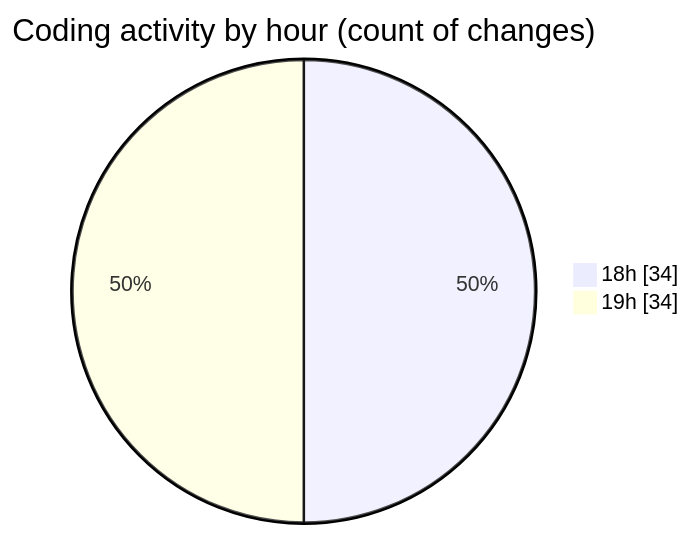
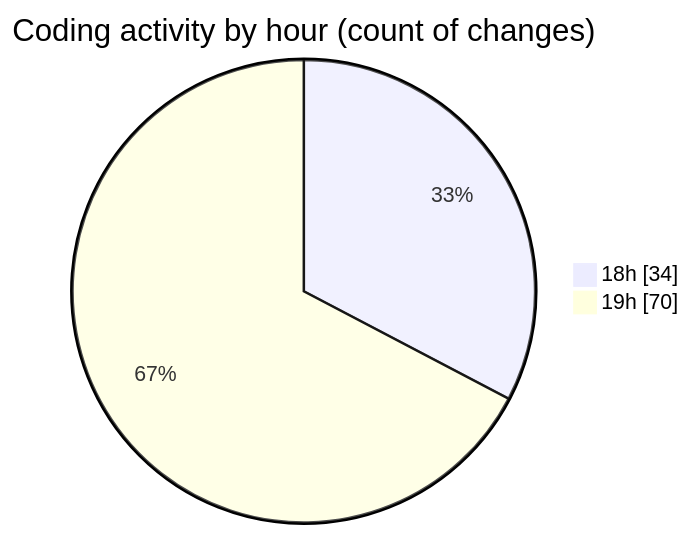
Before and after one commit to Netris89/code-tracking: the second of 2 diagrams in 2025-04-06/back-end/README.md, drawn with Mermaid. The commit also changed other lines of this file and 1 other file, not shown here.

````diff
--- a/2025-04-06/back-end/README.md
+++ b/2025-04-06/back-end/README.md
@@ -39,6 +47,6 @@
 ```mermaid
 pie showData
 title Coding activity by hour (count of changes)
 "18h" : 34
-"19h" : 34
+"19h" : 70
 ```
````
